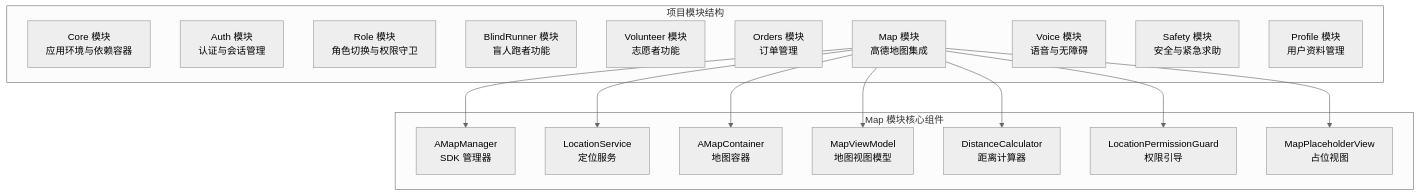
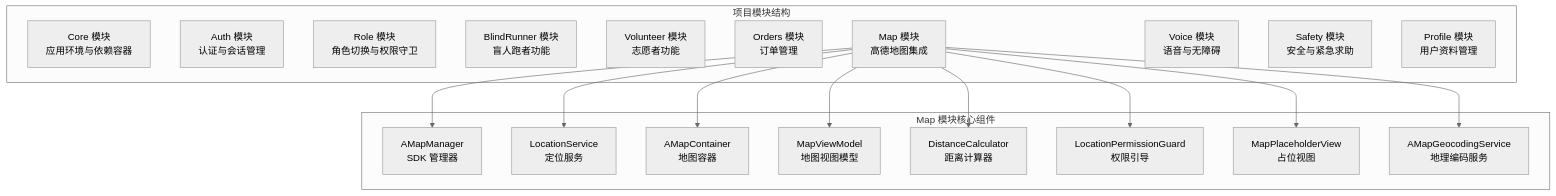
One commit to Jayden23018/blind-run-ios changed the first of 9 diagrams in .qoder/repowiki/zh/content/架构设计/模块化架构设计/Map 地图模块.md. Above: the diagram before and after it, drawn with Mermaid (neutral theme). The commit also changed other lines of this file and 8 other files, not shown here.

````diff
--- a/.qoder/repowiki/zh/content/架构设计/模块化架构设计/Map 地图模块.md
+++ b/.qoder/repowiki/zh/content/架构设计/模块化架构设计/Map 地图模块.md
@@ -65,31 +67,33 @@
 ```mermaid
 graph TB
 subgraph "项目模块结构"
 Core[Core 模块<br/>应用环境与依赖容器]
 Auth[Auth 模块<br/>认证与会话管理]
 Role[Role 模块<br/>角色切换与权限守卫]
 BlindRunner[BlindRunner 模块<br/>盲人跑者功能]
 Volunteer[Volunteer 模块<br/>志愿者功能]
 Orders[Orders 模块<br/>订单管理]
 Map[Map 模块<br/>高德地图集成]
 Voice[Voice 模块<br/>语音与无障碍]
 Safety[Safety 模块<br/>安全与紧急求助]
 Profile[Profile 模块<br/>用户资料管理]
 end
 subgraph "Map 模块核心组件"
 AMapManager[AMapManager<br/>SDK 管理器]
 LocationService[LocationService<br/>定位服务]
 AMapContainer[AMapContainer<br/>地图容器]
 MapViewModel[MapViewModel<br/>地图视图模型]
 DistanceCalculator[DistanceCalculator<br/>距离计算器]
 LocationPermissionGuard[LocationPermissionGuard<br/>权限引导]
 MapPlaceholderView[MapPlaceholderView<br/>占位视图]
+AMapGeocodingService[AMapGeocodingService<br/>地理编码服务]
 end
 Map --> AMapManager
 Map --> LocationService
 Map --> AMapContainer
 Map --> MapViewModel
 Map --> DistanceCalculator
 Map --> LocationPermissionGuard
 Map --> MapPlaceholderView
+Map --> AMapGeocodingService
 ```
````
